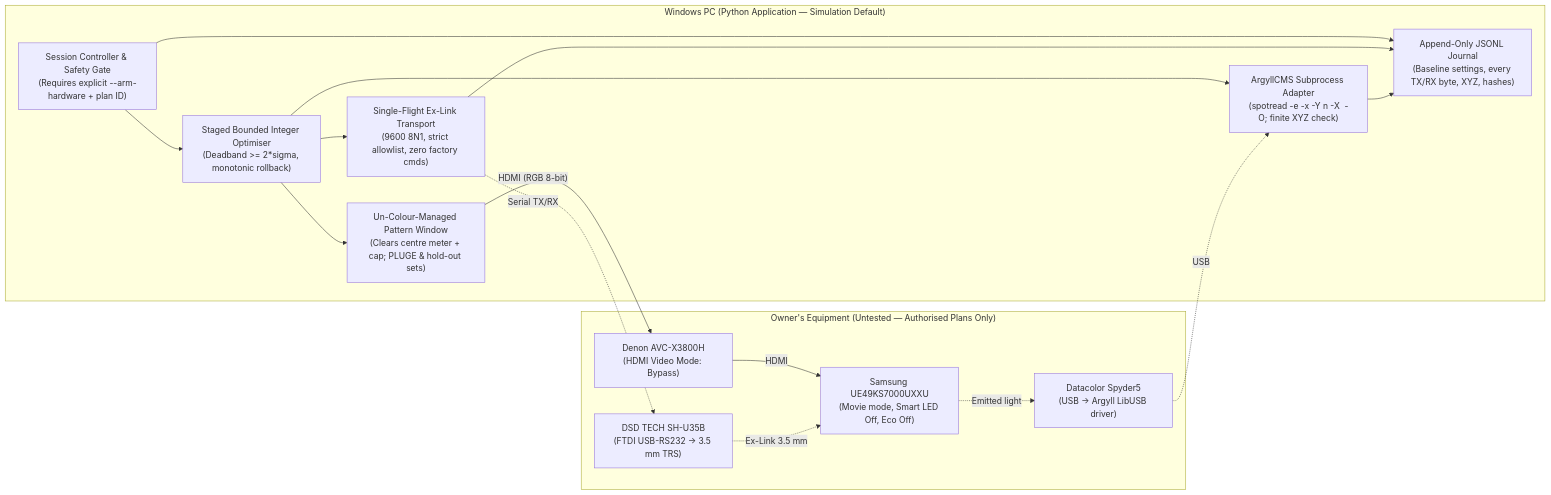
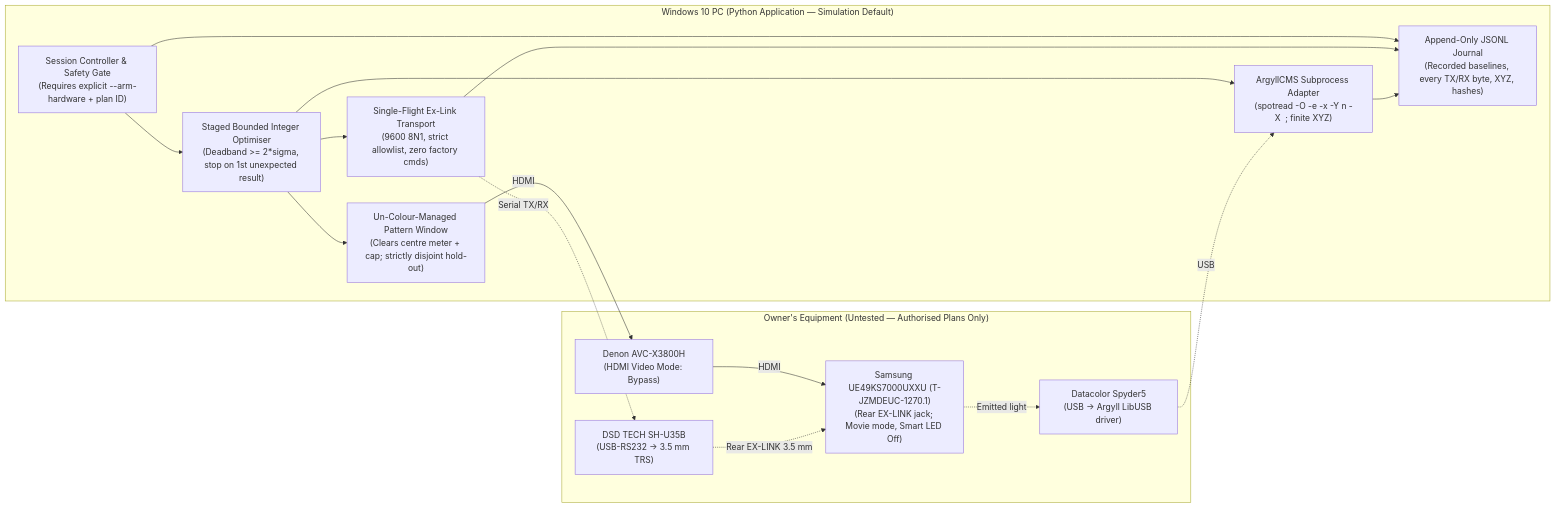
One commit to murphys-logs/tv-autocal changed the diagram in docs/research/2026-10-26-antigravity-feasibility-study.md. Above: the diagram before and after it, drawn with Mermaid. The commit also changed other lines of this file and 5 other files, not shown here.

````diff
--- a/docs/research/2026-10-26-antigravity-feasibility-study.md
+++ b/docs/research/2026-10-26-antigravity-feasibility-study.md
@@ -140,29 +142,29 @@
 ```mermaid
 flowchart LR
-    subgraph PC["Windows PC (Python Application — Simulation Default)"]
+    subgraph PC["Windows 10 PC (Python Application — Simulation Default)"]
         CLI["Session Controller & Safety Gate\n(Requires explicit --arm-hardware + plan ID)"]
-        JOURNAL["Append-Only JSONL Journal\n(Baseline settings, every TX/RX byte, XYZ, hashes)"]
-        OPT["Staged Bounded Integer Optimiser\n(Deadband >= 2*sigma, monotonic rollback)"]
-        PAT["Un-Colour-Managed Pattern Window\n(Clears centre meter + cap; PLUGE & hold-out sets)"]
-        ARGYLL["ArgyllCMS Subprocess Adapter\n(spotread -e -x -Y n -X <ccss> -O; finite XYZ check)"]
+        JOURNAL["Append-Only JSONL Journal\n(Recorded baselines, every TX/RX byte, XYZ, hashes)"]
+        OPT["Staged Bounded Integer Optimiser\n(Deadband >= 2*sigma, stop on 1st unexpected result)"]
+        PAT["Un-Colour-Managed Pattern Window\n(Clears centre meter + cap; strictly disjoint hold-out)"]
+        ARGYLL["ArgyllCMS Subprocess Adapter\n(spotread -O -e -x -Y n -X <ccss> <log>; finite XYZ)"]
         EXLINK["Single-Flight Ex-Link Transport\n(9600 8N1, strict allowlist, zero factory cmds)"]
     end
 
     subgraph HW["Owner's Equipment (Untested — Authorised Plans Only)"]
         METER["Datacolor Spyder5\n(USB -> Argyll LibUSB driver)"]
-        CABLE["DSD TECH SH-U35B\n(FTDI USB-RS232 -> 3.5 mm TRS)"]
+        CABLE["DSD TECH SH-U35B\n(USB-RS232 -> 3.5 mm TRS)"]
         AVR["Denon AVC-X3800H\n(HDMI Video Mode: Bypass)"]
-        TV["Samsung UE49KS7000UXXU\n(Movie mode, Smart LED Off, Eco Off)"]
+        TV["Samsung UE49KS7000UXXU (T-JZMDEUC-1270.1)\n(Rear EX-LINK jack; Movie mode, Smart LED Off)"]
     end
 
     CLI --> OPT
     OPT --> PAT
     OPT --> EXLINK
     OPT --> ARGYLL
     CLI --> JOURNAL
     EXLINK --> JOURNAL
     ARGYLL --> JOURNAL
-    PAT -->|"HDMI (RGB 8-bit)"| AVR -->|"HDMI"| TV
-    EXLINK -.->|"Serial TX/RX"| CABLE -.->|"Ex-Link 3.5 mm"| TV
+    PAT -->|"HDMI"| AVR -->|"HDMI"| TV
+    EXLINK -.->|"Serial TX/RX"| CABLE -.->|"Rear EX-LINK 3.5 mm"| TV
     TV -.->|"Emitted light"| METER -.->|"USB"| ARGYLL
 ```
````
